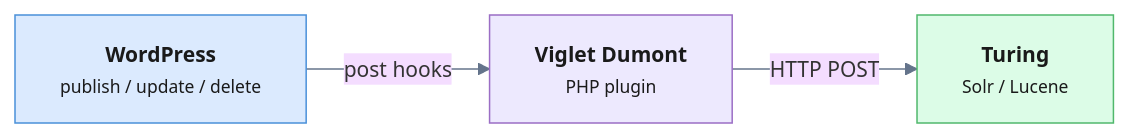
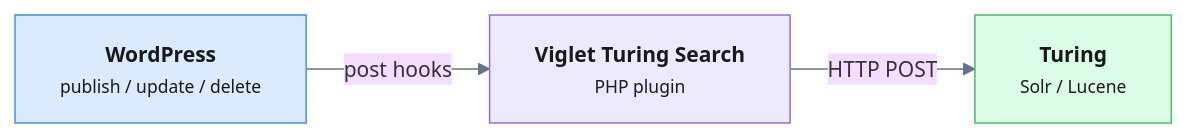
One commit to openviglet/site changed the diagram in content/blog/diagrams/enterprise-search-for-wordpress.mmd. Above: the diagram before and after it, drawn with Mermaid. The commit also changed 24 other files, not shown here.

```diff
--- a/content/blog/diagrams/enterprise-search-for-wordpress.mmd
+++ b/content/blog/diagrams/enterprise-search-for-wordpress.mmd
@@ -1,15 +1,15 @@
 %%{init: {'theme': 'base', 'themeVariables': {'fontSize': '14px', 'lineColor': '#64748b'}}}%%
 flowchart LR
     WP["<b>WordPress</b><br/><small>publish / update / delete</small>"]
-    PLG["<b>Viglet Dumont</b><br/><small>PHP plugin</small>"]
+    PLG["<b>Viglet Turing Search</b><br/><small>PHP plugin</small>"]
     TUR["<b>Turing</b><br/><small>Solr / Lucene</small>"]
 
     WP -->|"post hooks"| PLG
     PLG -->|"HTTP POST"| TUR
 
     classDef wp fill:#dbeafe,stroke:#4A90D9,color:#1a1a1a;
     classDef plg fill:#ede9fe,stroke:#9B6EC5,color:#1a1a1a;
     classDef tur fill:#dcfce7,stroke:#50B86C,color:#1a1a1a;
     class WP wp;
     class PLG plg;
     class TUR tur;
```
